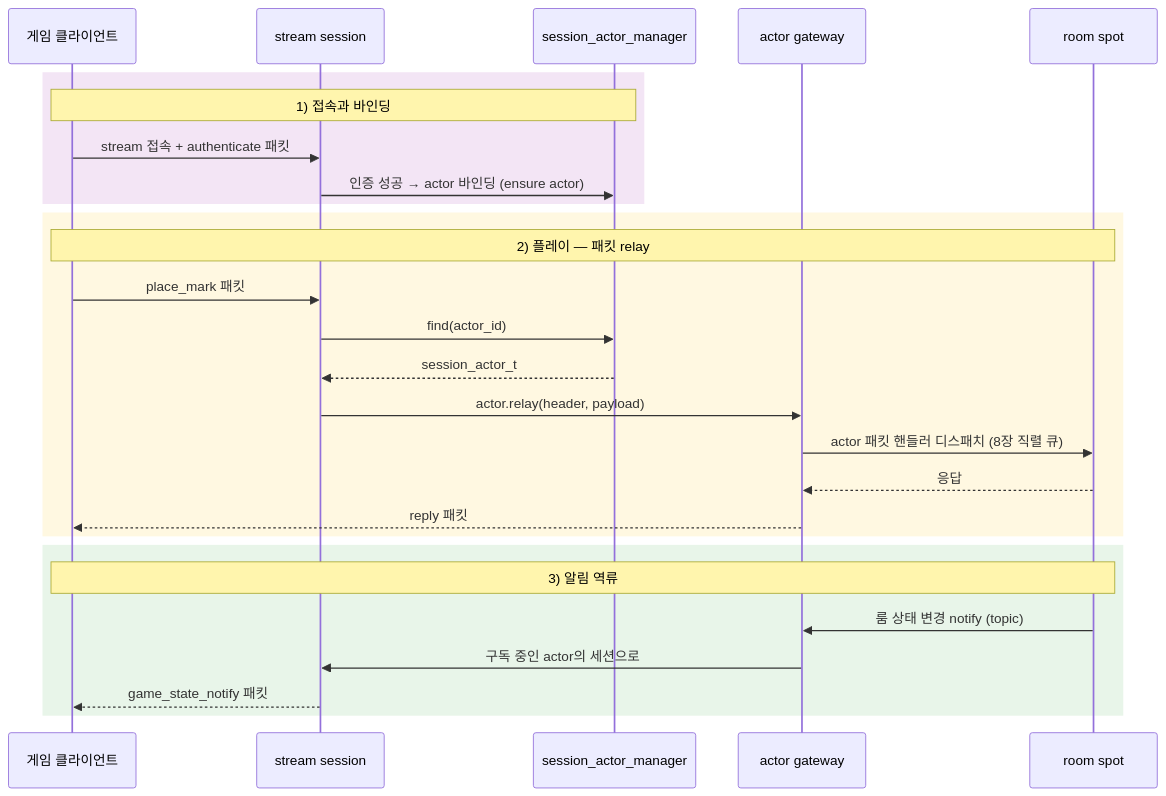
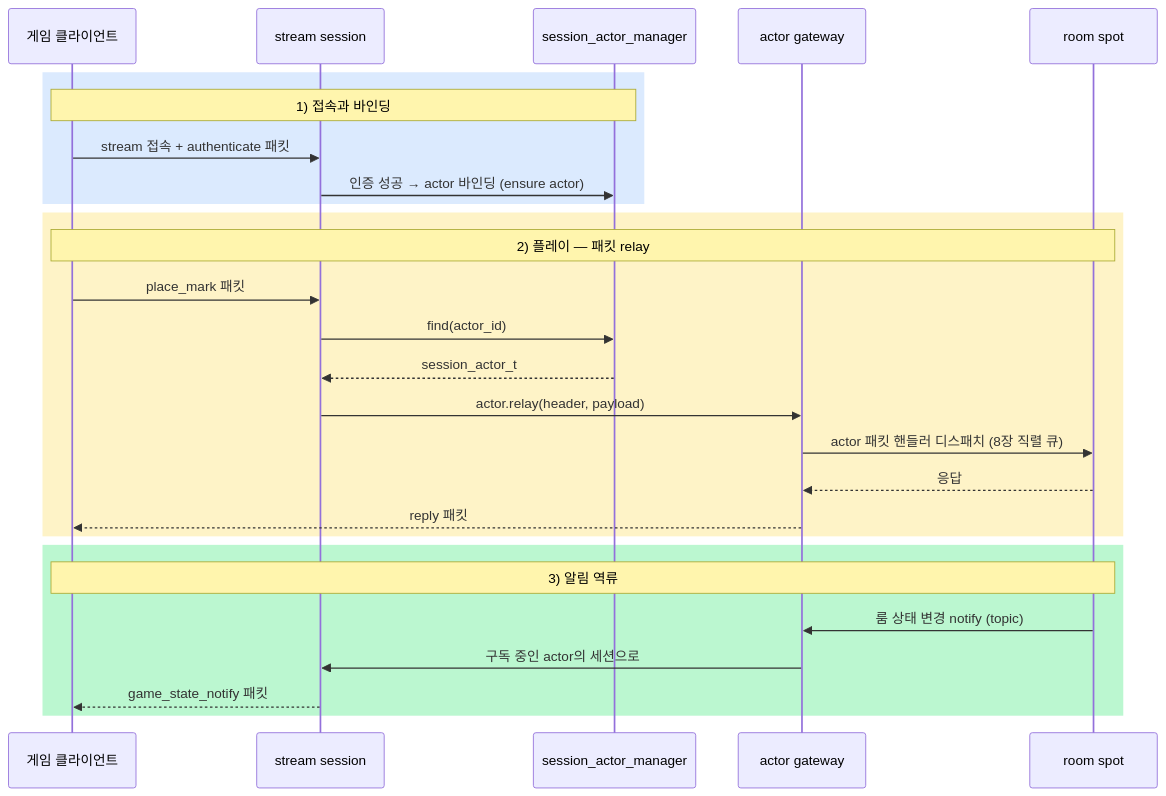
One commit to kairos-code-dev/zlink changed the diagram in framework/languages/cpp/doc/guide/09-actor-session.ko.md. Above: the diagram before and after it, drawn with Mermaid.

Commit message:
docs(cpp): improve sequence diagram section contrast in 09-actor-session
rect rgb() colors were too pale (text washout on some renderers);
replaced with more saturated Tailwind-100 palette values:
  연결: rgb(243,229,245) → rgb(219,234,254)  blue-100
  플레이: rgb(255,248,225) → rgb(254,243,199)  amber-100
  알림: rgb(232,245,233) → rgb(187,247,208)  green-200

````diff
--- a/framework/languages/cpp/doc/guide/09-actor-session.ko.md
+++ b/framework/languages/cpp/doc/guide/09-actor-session.ko.md
@@ -12,32 +12,32 @@
 ```mermaid
 sequenceDiagram
     participant C as 게임 클라이언트
     participant SS as stream session
     participant AM as session_actor_manager
     participant GW as actor gateway
     participant SP as room spot
 
-    rect rgb(243, 229, 245)
+    rect rgb(219, 234, 254)
     Note over C,AM: 1) 접속과 바인딩
     C->>SS: stream 접속 + authenticate 패킷
     SS->>AM: 인증 성공 → actor 바인딩 (ensure actor)
     end
 
-    rect rgb(255, 248, 225)
+    rect rgb(254, 243, 199)
     Note over C,SP: 2) 플레이 — 패킷 relay
     C->>SS: place_mark 패킷
     SS->>AM: find(actor_id)
     AM-->>SS: session_actor_t
     SS->>GW: actor.relay(header, payload)
     GW->>SP: actor 패킷 핸들러 디스패치 (8장 직렬 큐)
     SP-->>GW: 응답
     GW-->>C: reply 패킷
     end
 
-    rect rgb(232, 245, 233)
+    rect rgb(187, 247, 208)
     Note over SP,C: 3) 알림 역류
     SP->>GW: 룸 상태 변경 notify (topic)
     GW->>SS: 구독 중인 actor의 세션으로
     SS-->>C: game_state_notify 패킷
     end
 ```
````
